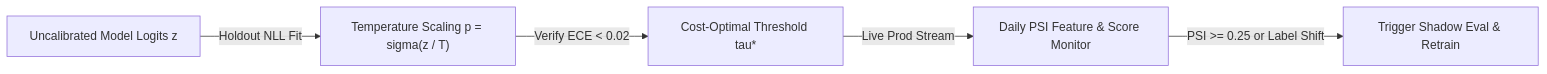
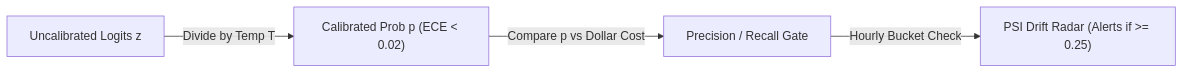
The diagram in knowledgebase/05-ai-engineering/02-classification-metrics-calibration-and-drift.md (manjunathk833/codingforinterviews), drawn with Mermaid before and after one commit. The commit also changed other lines of this file and 55 other files, not shown here.

````diff
--- a/knowledgebase/05-ai-engineering/02-classification-metrics-calibration-and-drift.md
+++ b/knowledgebase/05-ai-engineering/02-classification-metrics-calibration-and-drift.md
@@ -66,7 +108,6 @@
 ```mermaid
 flowchart LR
-  Logits["Uncalibrated Model Logits z"] -->|Holdout NLL Fit| Temp["Temperature Scaling p = sigma(z / T)"]
-  Temp -->|Verify ECE < 0.02| Thresh["Cost-Optimal Threshold tau*"]
-  Thresh -->|Live Prod Stream| Monitor["Daily PSI Feature & Score Monitor"]
-  Monitor -->|PSI >= 0.25 or Label Shift| Retrain["Trigger Shadow Eval & Retrain"]
+  Raw["Uncalibrated Logits z"] -->|Divide by Temp T| Cal["Calibrated Prob p (ECE < 0.02)"]
+  Cal -->|Compare p vs Dollar Cost| Gate["Precision / Recall Gate"]
+  Gate -->|Hourly Bucket Check| PSI["PSI Drift Radar (Alerts if >= 0.25)"]
 ```
````
